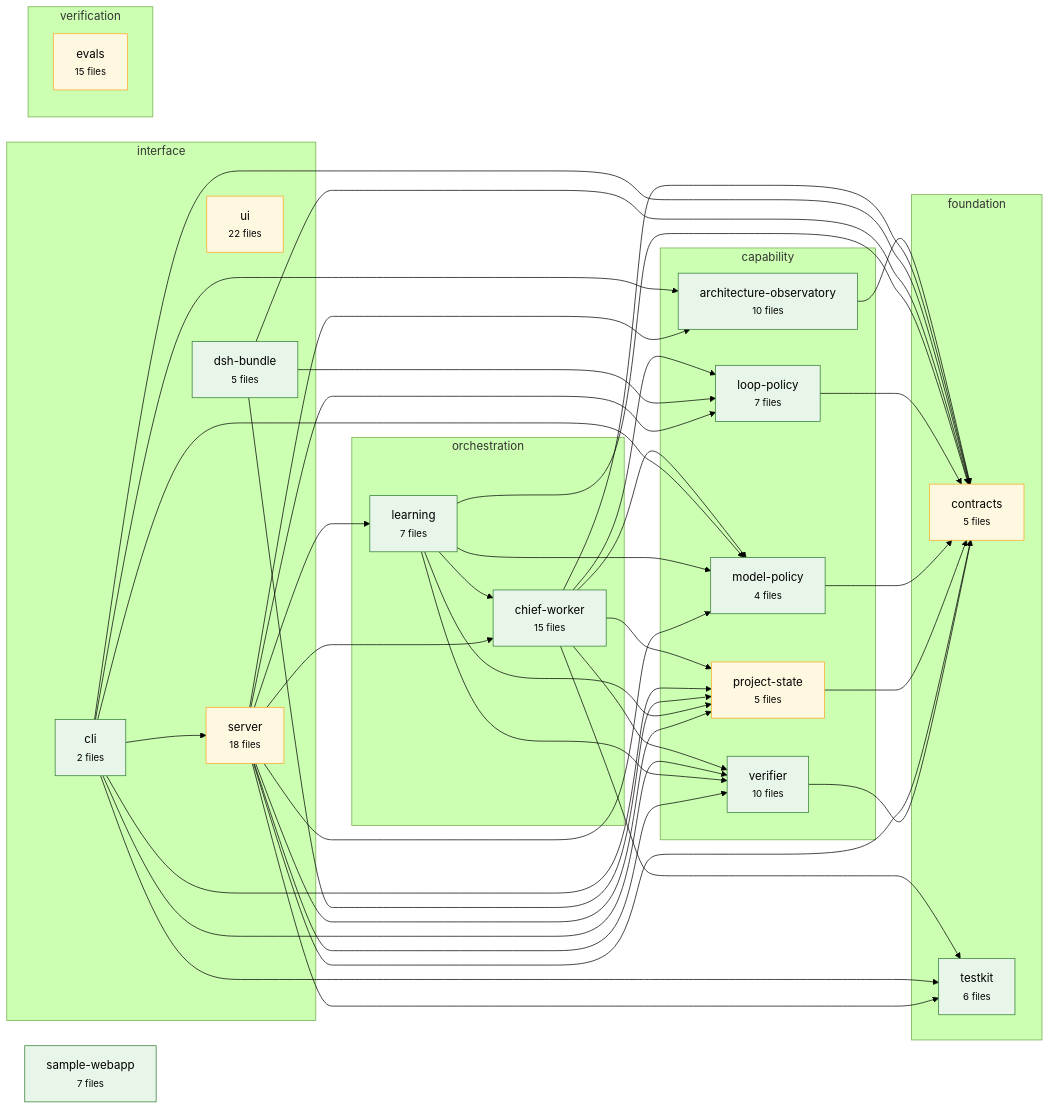
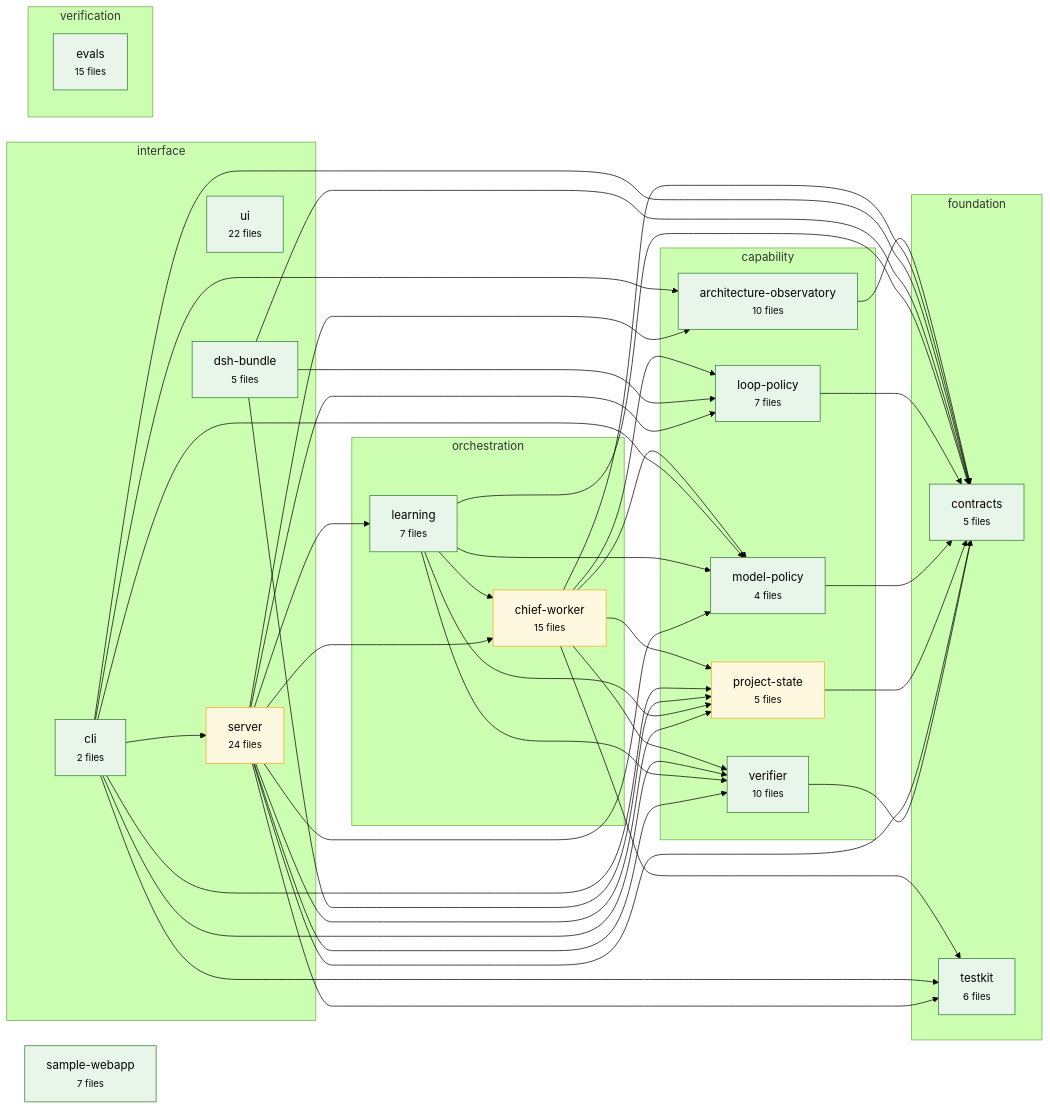
The diagram in .architecture/graph.mmd (CharAzinabulu0079/dgx-super-agent), drawn with Mermaid (forest theme) before and after one commit. The commit also changed 14 other files, not shown here.

```diff
--- a/.architecture/graph.mmd
+++ b/.architecture/graph.mmd
@@ -1,81 +1,81 @@
 flowchart LR
   subgraph layer_foundation["foundation"]
     contracts["contracts<br/><small>5 files</small>"]
     testkit["testkit<br/><small>6 files</small>"]
   end
   subgraph layer_capability["capability"]
     project_state["project-state<br/><small>5 files</small>"]
     verifier["verifier<br/><small>10 files</small>"]
     loop_policy["loop-policy<br/><small>7 files</small>"]
     model_policy["model-policy<br/><small>4 files</small>"]
     architecture_observatory["architecture-observatory<br/><small>10 files</small>"]
   end
   subgraph layer_orchestration["orchestration"]
     learning["learning<br/><small>7 files</small>"]
     chief_worker["chief-worker<br/><small>15 files</small>"]
   end
   subgraph layer_interface["interface"]
-    server["server<br/><small>18 files</small>"]
+    server["server<br/><small>24 files</small>"]
     cli["cli<br/><small>2 files</small>"]
     ui["ui<br/><small>22 files</small>"]
     dsh_bundle["dsh-bundle<br/><small>5 files</small>"]
   end
   subgraph layer_verification["verification"]
     evals["evals<br/><small>15 files</small>"]
   end
   sample_webapp["sample-webapp<br/><small>7 files</small>"]
   architecture_observatory --> contracts
   chief_worker --> contracts
   chief_worker --> loop_policy
   chief_worker --> model_policy
   chief_worker --> project_state
   chief_worker --> testkit
   chief_worker --> verifier
   cli --> architecture_observatory
   cli --> contracts
   cli --> model_policy
   cli --> project_state
   cli --> server
   cli --> testkit
   cli --> verifier
   dsh_bundle --> contracts
   dsh_bundle --> loop_policy
   dsh_bundle --> project_state
   learning --> chief_worker
   learning --> contracts
   learning --> model_policy
   learning --> project_state
   learning --> verifier
   loop_policy --> contracts
   model_policy --> contracts
   project_state --> contracts
   server --> architecture_observatory
   server --> chief_worker
   server --> contracts
   server --> learning
   server --> loop_policy
   server --> model_policy
   server --> project_state
   server --> testkit
   server --> verifier
   verifier --> contracts
   classDef stable fill:#e8f5e9,stroke:#2e7d32
   classDef changing fill:#fff8e1,stroke:#f9a825
   classDef worker_active fill:#e3f2fd,stroke:#1565c0
   classDef gate_failed fill:#ffebee,stroke:#c62828
   classDef protected stroke:#6a1b9a,stroke-width:3px
-  class contracts changing
+  class contracts stable
   class testkit stable
   class project_state changing
   class verifier stable
   class loop_policy stable
   class model_policy stable
   class architecture_observatory stable
   class learning stable
-  class chief_worker stable
+  class chief_worker changing
   class server changing
   class cli stable
-  class ui changing
+  class ui stable
   class dsh_bundle stable
-  class evals changing
+  class evals stable
   class sample_webapp stable
```
